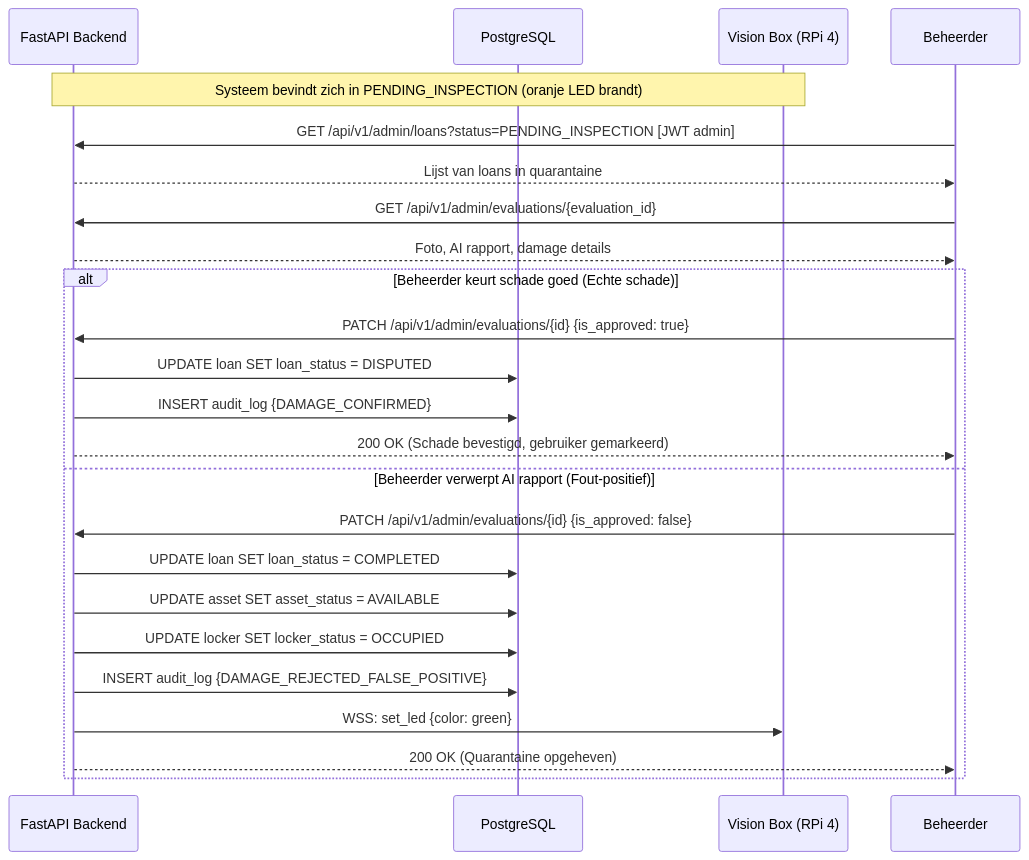
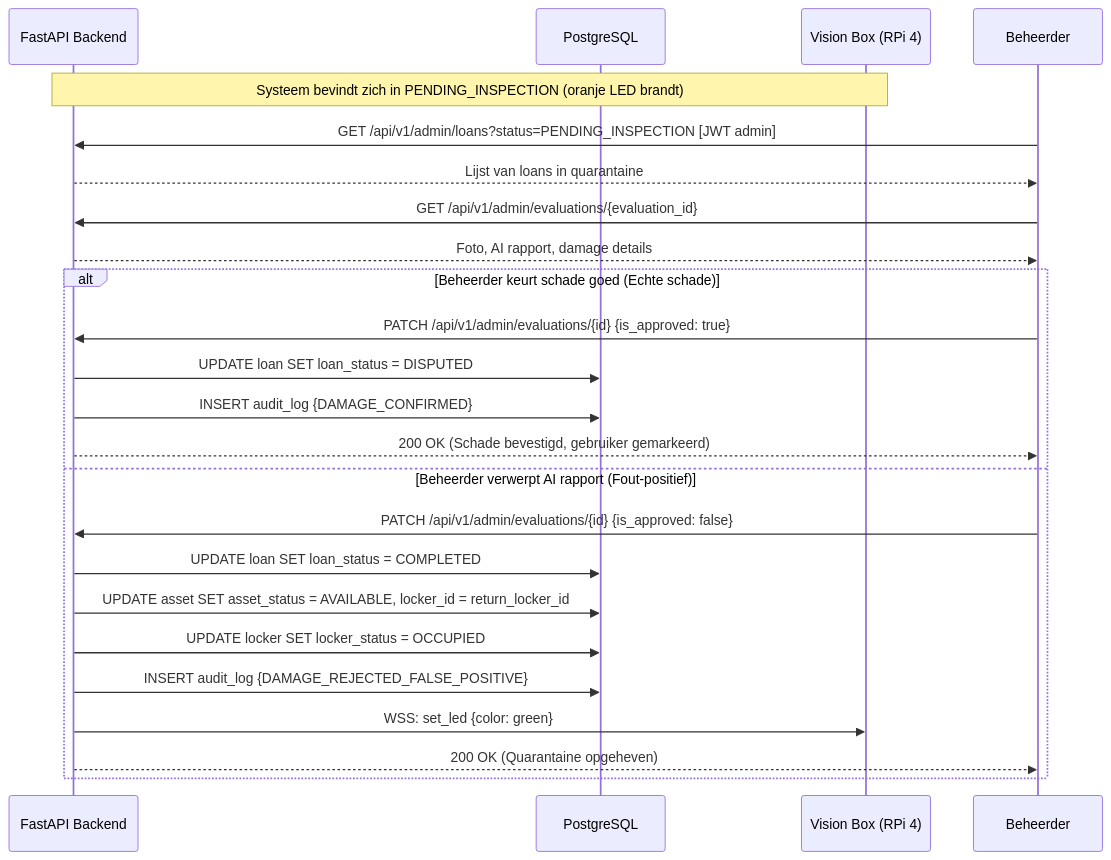
One commit to easylend-practice-enterprise/easylend changed the fourth of 4 diagrams in docs/workflows.md. Above: the diagram before and after it, drawn with Mermaid. The commit also changed other lines of this file and 1 other file, not shown here.

Commit message:
docs: satisfy Copilot's final demands regarding asset locker_id updates and endpoint specificity

````diff
--- a/docs/workflows.md
+++ b/docs/workflows.md
@@ -198,31 +198,31 @@
 ```mermaid
 sequenceDiagram
     participant API as FastAPI Backend
     participant DB as PostgreSQL
     participant VB as Vision Box (RPi 4)
     participant Admin as Beheerder
 
     Note over API,VB: Systeem bevindt zich in PENDING_INSPECTION (oranje LED brandt)
 
     Admin->>API: GET /api/v1/admin/loans?status=PENDING_INSPECTION [JWT admin]
     API-->>Admin: Lijst van loans in quarantaine
 
     Admin->>API: GET /api/v1/admin/evaluations/{evaluation_id}
     API-->>Admin: Foto, AI rapport, damage details
 
     alt Beheerder keurt schade goed (Echte schade)
         Admin->>API: PATCH /api/v1/admin/evaluations/{id} {is_approved: true}
         API->>DB: UPDATE loan SET loan_status = DISPUTED
         API->>DB: INSERT audit_log {DAMAGE_CONFIRMED}
         API-->>Admin: 200 OK (Schade bevestigd, gebruiker gemarkeerd)
     else Beheerder verwerpt AI rapport (Fout-positief)
         Admin->>API: PATCH /api/v1/admin/evaluations/{id} {is_approved: false}
         API->>DB: UPDATE loan SET loan_status = COMPLETED
-        API->>DB: UPDATE asset SET asset_status = AVAILABLE
+        API->>DB: UPDATE asset SET asset_status = AVAILABLE, locker_id = return_locker_id
         API->>DB: UPDATE locker SET locker_status = OCCUPIED
         API->>DB: INSERT audit_log {DAMAGE_REJECTED_FALSE_POSITIVE}
         API->>VB: WSS: set_led {color: green}
         API-->>Admin: 200 OK (Quarantaine opgeheven)
     end
 
 ```
````
